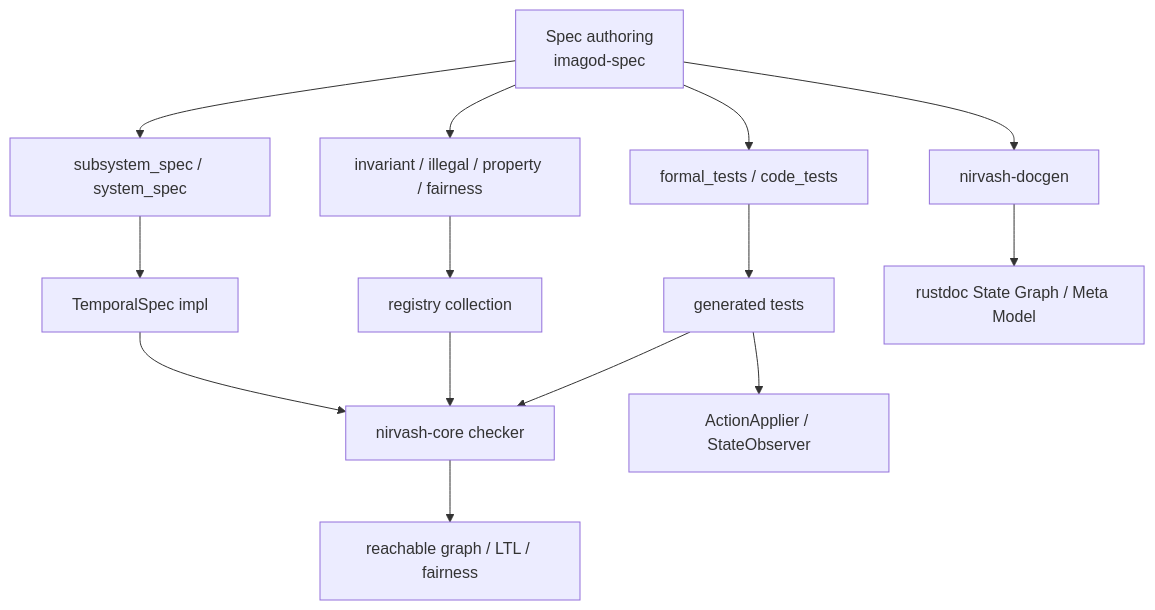
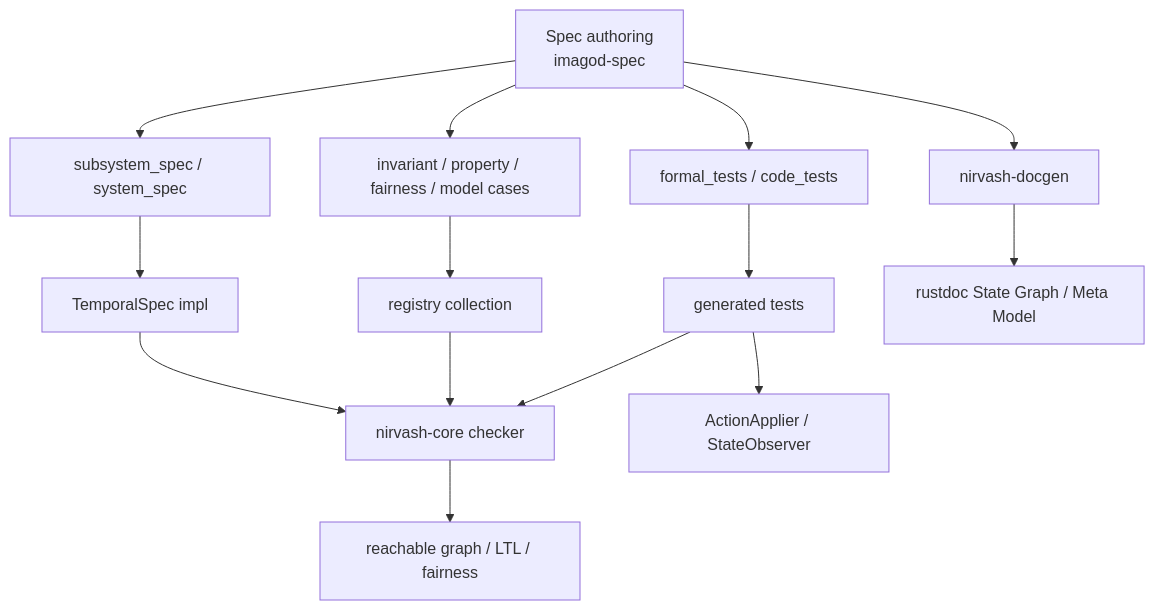
The second of 5 diagrams in docs/nirvash-and-imagod-control.md (yieldspace/imago), drawn with Mermaid before and after one commit. The commit also changed other lines of this file and 44 other files, not shown here.

````diff
--- a/docs/nirvash-and-imagod-control.md
+++ b/docs/nirvash-and-imagod-control.md
@@ -48,16 +48,16 @@
 ```mermaid
 flowchart TD
     A["Spec authoring<br/>imagod-spec"] --> B["subsystem_spec / system_spec"]
-    A --> C["invariant / illegal / property / fairness"]
+    A --> C["invariant / property / fairness / model cases"]
     A --> D["formal_tests / code_tests"]
     B --> E["TemporalSpec impl"]
     C --> F["registry collection"]
     D --> G["generated tests"]
     E --> H["nirvash-core checker"]
     F --> H
     G --> H
     G --> I["ActionApplier / StateObserver"]
     H --> J["reachable graph / LTL / fairness"]
     A --> K["nirvash-docgen"]
     K --> L["rustdoc State Graph / Meta Model"]
 ```
````
